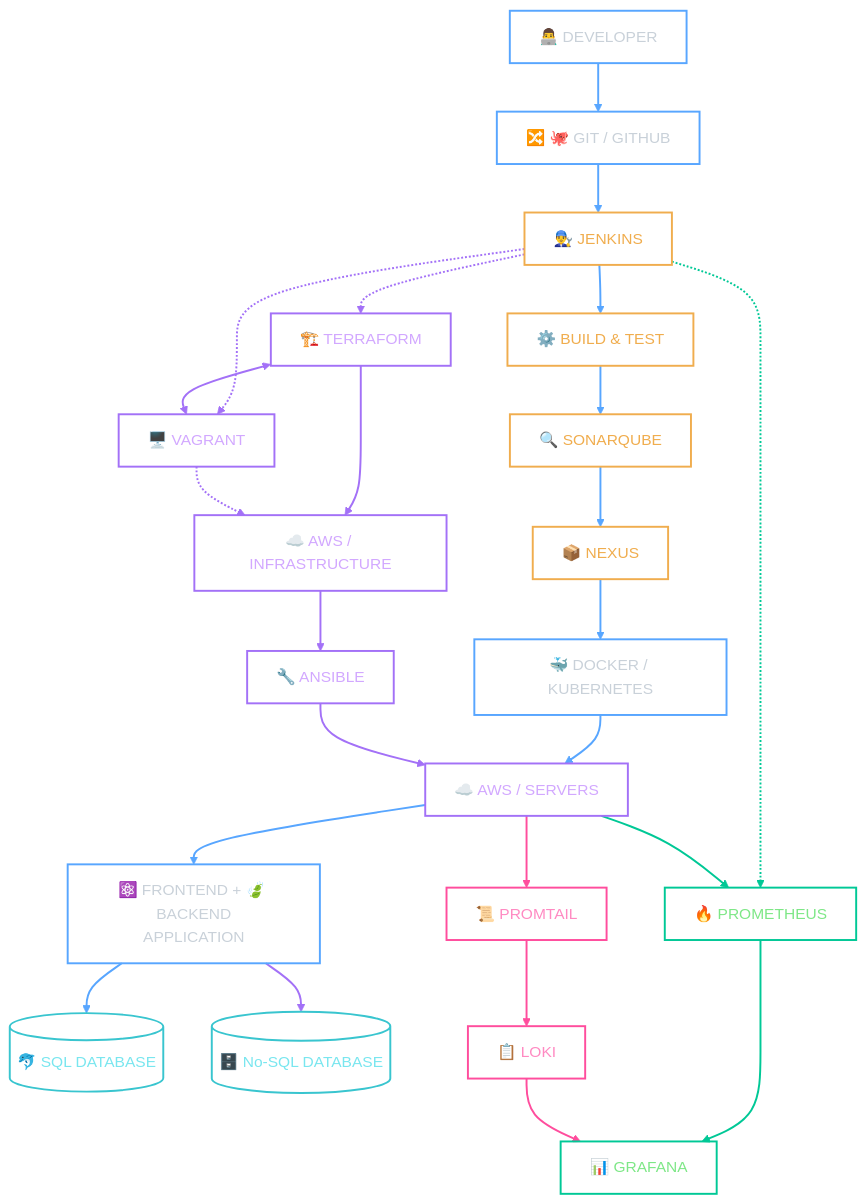
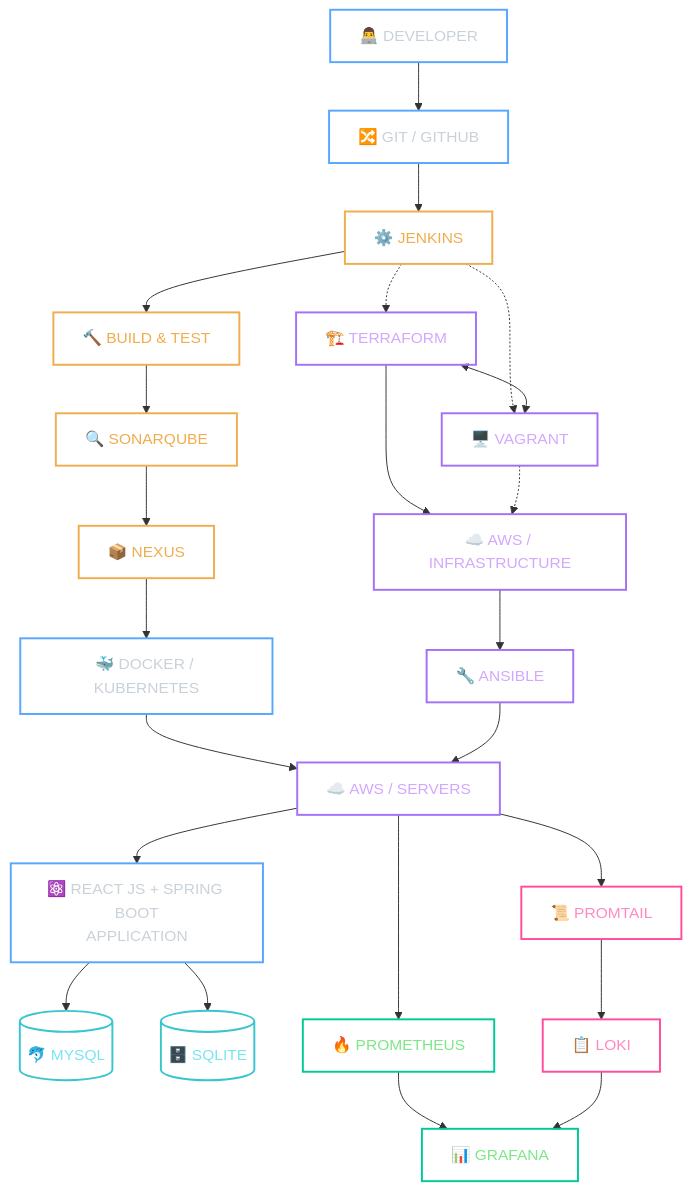
One commit to CodesBy-Bhuwan/CodesBy-Bhuwan changed the diagram in README.md. Above: the diagram before and after it, drawn with Mermaid. The commit also changed other lines of this file, not shown here.

````diff
--- a/README.md
+++ b/README.md
@@ -93,64 +105,58 @@
 ```mermaid
 flowchart TD
     DEV["👨‍💻 DEVELOPER"]
-    GIT["🔀 🐙 GIT / GITHUB"]
-    JENKINS["👨‍🔧 JENKINS"]
-    BUILD["⚙️ BUILD & TEST"]
+    GIT["🔀 GIT / GITHUB"]
+    JENKINS["⚙️ JENKINS"]
+    BUILD["🔨 BUILD & TEST"]
     SONAR["🔍 SONARQUBE"]
     NEXUS["📦 NEXUS"]
     DOCKER["🐳 DOCKER / KUBERNETES"]
     AWS["☁️ AWS / SERVERS"]
-    APP["⚛️ FRONTEND + 🍃 BACKEND<br/>APPLICATION"]
-    MYSQL[("🐬 SQL DATABASE")]
-    SQLITE[("🗄️ No-SQL DATABASE")]
+    APP["⚛️ REACT JS + SPRING BOOT<br/>APPLICATION"]
+    MYSQL[("🐬 MYSQL")]
+    SQLITE[("🗄️ SQLITE")]
 
     TF["🏗️ TERRAFORM"]
     VAGRANT["🖥️ VAGRANT"]
     INFRA["☁️ AWS / INFRASTRUCTURE"]
     ANSIBLE["🔧 ANSIBLE"]
 
     PROM["🔥 PROMETHEUS"]
     GRAFANA["📊 GRAFANA"]
     PROMTAIL["📜 PROMTAIL"]
     LOKI["📋 LOKI"]
 
     DEV --> GIT --> JENKINS
     JENKINS --> BUILD --> SONAR --> NEXUS --> DOCKER --> AWS --> APP
     APP --> MYSQL
     APP --> SQLITE
 
     JENKINS -.-> TF
     JENKINS -.-> VAGRANT
     TF <--> VAGRANT
     TF --> INFRA
     VAGRANT -.-> INFRA
     INFRA --> ANSIBLE
     ANSIBLE --> AWS
 
-    JENKINS -.-> PROM
     AWS --> PROM
     PROM --> GRAFANA
 
     AWS --> PROMTAIL
     PROMTAIL --> LOKI
     LOKI --> GRAFANA
 
     classDef main fill:transparent,stroke:#58a6ff,color:#c9d1d9,stroke-width:2px
     classDef ci fill:transparent,stroke:#f0ad4e,color:#f0ad4e,stroke-width:2px
     classDef infra fill:transparent,stroke:#a371f7,color:#d2a8ff,stroke-width:2px
     classDef monitoring fill:transparent,stroke:#00c896,color:#7ee787,stroke-width:2px
     classDef logging fill:transparent,stroke:#ff4d9d,color:#ff8ac2,stroke-width:2px
     classDef database fill:transparent,stroke:#39c5cf,color:#79e6ef,stroke-width:2px
 
     class DEV,GIT,APP,DOCKER main
     class JENKINS,BUILD,SONAR,NEXUS ci
     class TF,VAGRANT,INFRA,ANSIBLE,AWS infra
     class PROM,GRAFANA monitoring
     class PROMTAIL,LOKI logging
     class MYSQL,SQLITE database
-
-    linkStyle 0,1,2,3,4,5,6,7,8 stroke:#58a6ff,stroke-width:2px
-    linkStyle 9,10,11,12,13,14,15,16 stroke:#a371f7,stroke-width:2px
-    linkStyle 17,18,19 stroke:#00c896,stroke-width:2px
-    linkStyle 20,21,22 stroke:#ff4d9d,stroke-width:2px
 ```
````
